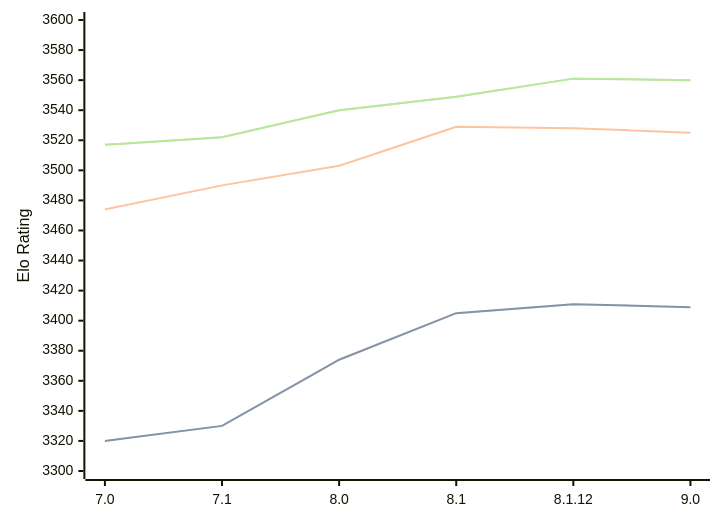
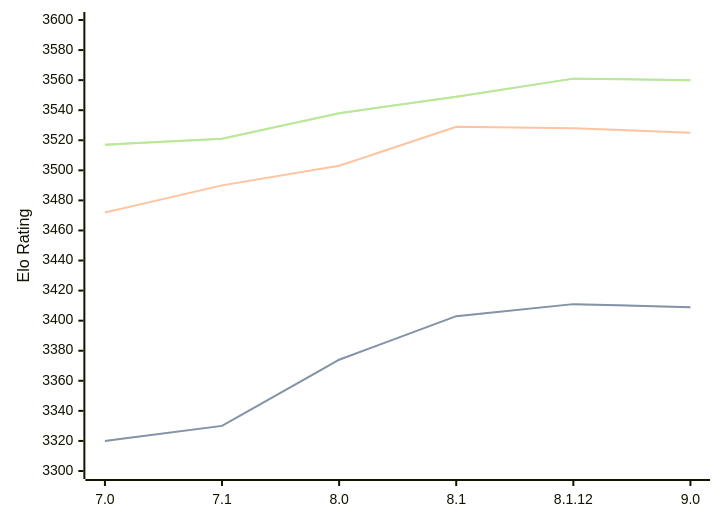
Before and after one commit to computer-chess-index/cci: the first of 3 diagrams in engines/Alexandria.md, drawn with Mermaid. The commit also changed other lines of this file, not shown here.

Commit message:
Update CCI Ratings (ELO VLTC) - 2026-06-19

````diff
--- a/engines/Alexandria.md
+++ b/engines/Alexandria.md
@@ -55,11 +55,11 @@
 ```mermaid
 %%{init: {"theme":"base","themeVariables":{"seriesColors:['#a3a3a3','#222221','#faa371']}}}%%
 xychart-beta
   x-axis ["7.0", "7.1", "8.0", "8.1", "8.1.12", "9.0"]
   y-axis "Elo Rating" 3300 --> 3600
-  line "STC (8.0+0.08s)" [3320, 3330, 3374, 3405, 3411, 3409]
-  line "STC (8.0+0.08s)" [3320, 3330, 3374, 3405, 3411, 3409]
-  line "LTC (60.0+0.60s)" [3474, 3490, 3503, 3529, 3528, 3525]
-  line "VLTC (2m24s+1.12s)" [3517, 3522, 3540, 3549, 3561, 3560]
-  line "VLTC (2m24s+1.12s)" [3517, 3522, 3540, 3549, 3561, 3560]
+  line "STC (8.0+0.08s)" [3320, 3330, 3374, 3403, 3411, 3409]
+  line "STC (8.0+0.08s)" [3320, 3330, 3374, 3403, 3411, 3409]
+  line "LTC (60.0+0.60s)" [3472, 3490, 3503, 3529, 3528, 3525]
+  line "VLTC (2m24s+1.12s)" [3517, 3521, 3538, 3549, 3561, 3560]
+  line "VLTC (2m24s+1.12s)" [3517, 3521, 3538, 3549, 3561, 3560]
 ```
````
